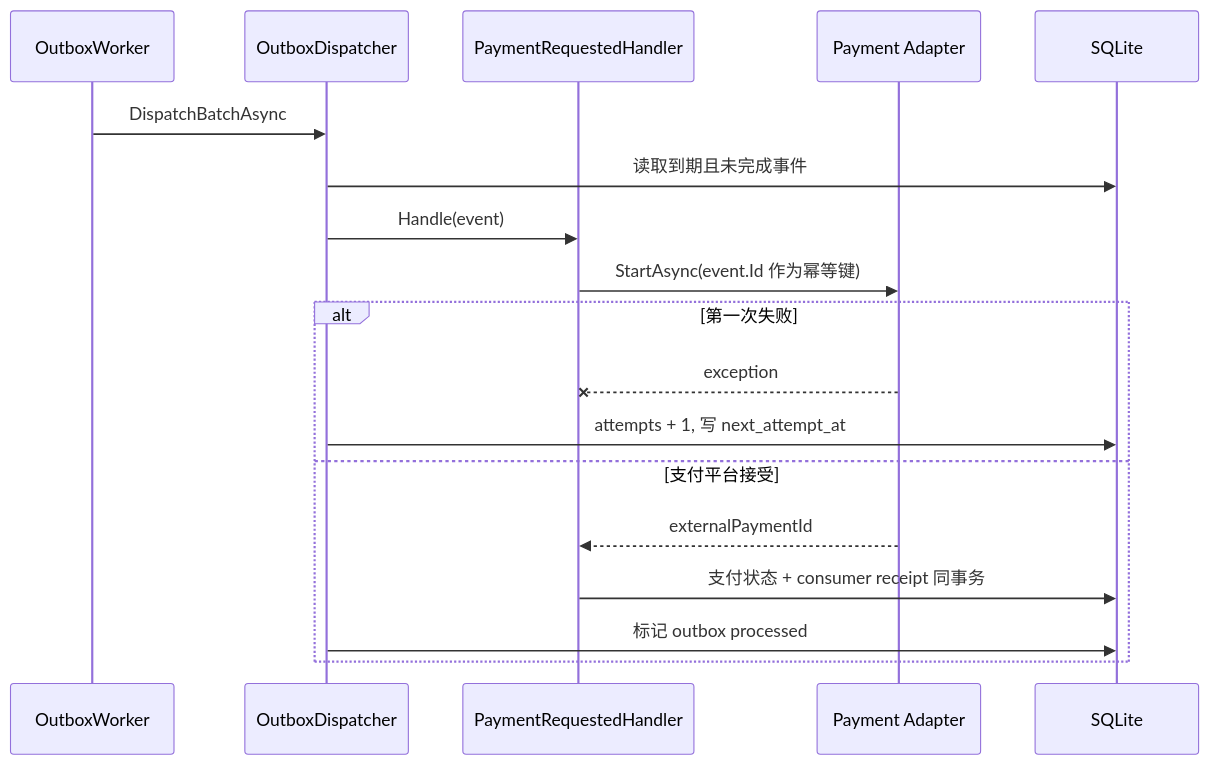
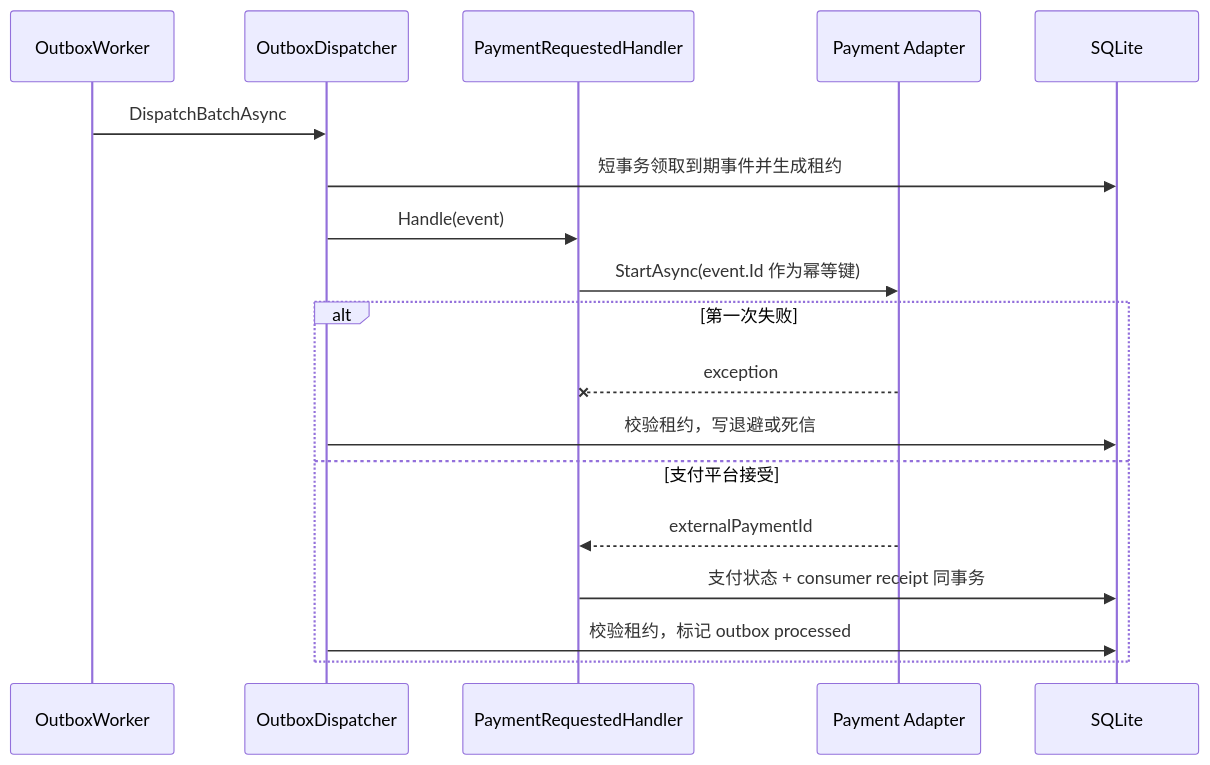
Before and after one commit to yuweiyang9611/CSharp_Implementation_of_DesignPatterns: the third of 6 diagrams in labs/ReliableCheckout/README.md, drawn with Mermaid. The commit also changed other lines of this file and 77 other files, not shown here.

````diff
--- a/labs/ReliableCheckout/README.md
+++ b/labs/ReliableCheckout/README.md
@@ -181,21 +181,21 @@
 ```mermaid
 sequenceDiagram
     participant W as OutboxWorker
     participant D as OutboxDispatcher
     participant H as PaymentRequestedHandler
     participant P as Payment Adapter
     participant DB as SQLite
 
     W->>D: DispatchBatchAsync
-    D->>DB: 读取到期且未完成事件
+    D->>DB: 短事务领取到期事件并生成租约
     D->>H: Handle(event)
     H->>P: StartAsync(event.Id 作为幂等键)
     alt 第一次失败
         P--xH: exception
-        D->>DB: attempts + 1, 写 next_attempt_at
+        D->>DB: 校验租约，写退避或死信
     else 支付平台接受
         P-->>H: externalPaymentId
         H->>DB: 支付状态 + consumer receipt 同事务
-        D->>DB: 标记 outbox processed
+        D->>DB: 校验租约，标记 outbox processed
     end
 ```
````
